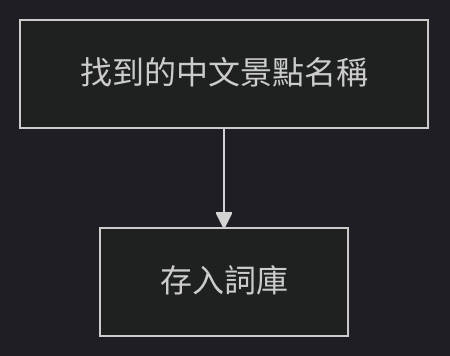
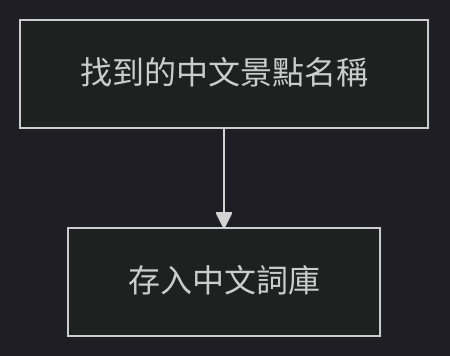
Before and after one commit to funliday/techblog: the first of 2 diagrams in source/_posts/如何最佳化中日文的關鍵字搜尋-1.md, drawn with Mermaid (dark theme). The commit also changed other lines of this file, not shown here.

````diff
--- a/source/_posts/如何最佳化中日文的關鍵字搜尋-1.md
+++ b/source/_posts/如何最佳化中日文的關鍵字搜尋-1.md
@@ -19,4 +19,4 @@
 ```mermaid
 graph TD;
-    找到的中文景點名稱 --> 存入詞庫;
+    找到的中文景點名稱 --> 存入中文詞庫;
 ```
````
